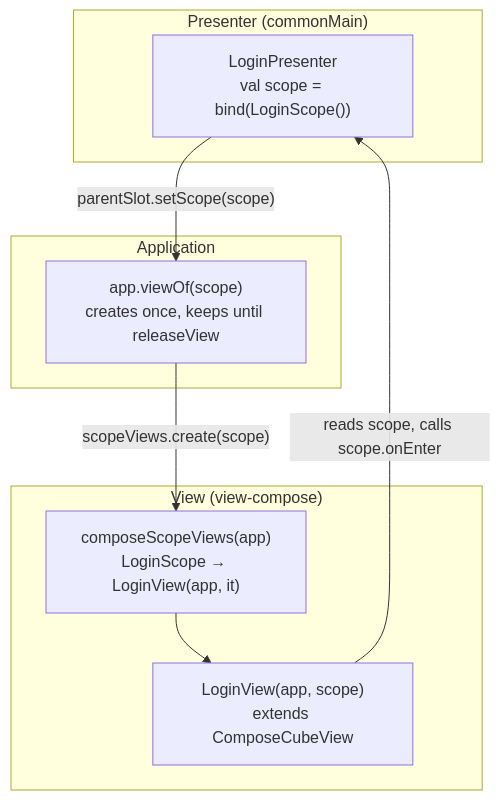
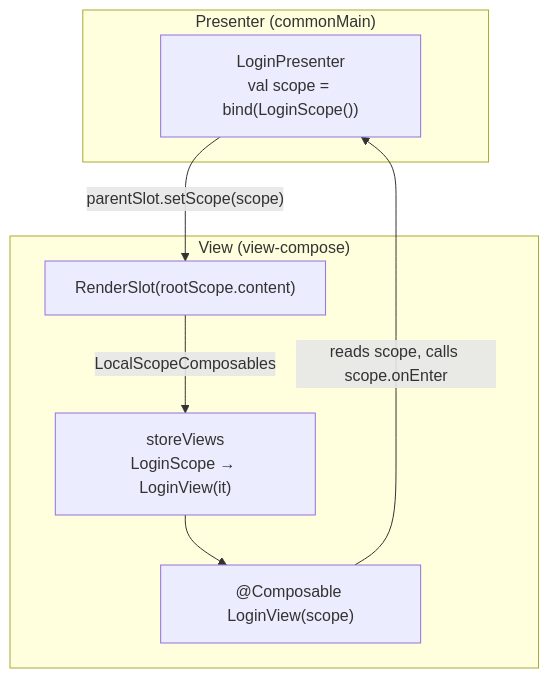
The fourth of 9 diagrams in docs/architecture-cube-compose.md (mrcdom/wdc-cube-kotlin), drawn with Mermaid before and after one commit. The commit also changed other lines of this file and 9 other files, not shown here.

Commit message:
docs: views as functions of the scope, and the layer's registry

````diff
--- a/docs/architecture-cube-compose.md
+++ b/docs/architecture-cube-compose.md
@@ -200,20 +197,17 @@
 ```mermaid
 graph TD
     subgraph "Presenter (commonMain)"
         LP["LoginPresenter<br/>val scope = bind(LoginScope())"]
     end
 
-    subgraph "Application"
-        APP["app.viewOf(scope)<br/>creates once, keeps until releaseView"]
+    subgraph "View (view-compose)"
+        RS["RenderSlot(rootScope.content)"]
+        CAT["storeViews<br/>LoginScope → LoginView(it)"]
+        LV["@Composable LoginView(scope)"]
     end
 
-    subgraph "View (view-compose)"
-        CAT["composeScopeViews(app)<br/>LoginScope → LoginView(app, it)"]
-        LV["LoginView(app, scope)<br/>extends ComposeCubeView"]
-    end
-
-    LP -->|"parentSlot.setScope(scope)"| APP
-    APP -->|"scopeViews.create(scope)"| CAT
+    LP -->|"parentSlot.setScope(scope)"| RS
+    RS -->|"LocalScopeComposables"| CAT
     CAT --> LV
     LV -->|"reads scope, calls scope.onEnter"| LP
 ```
````
